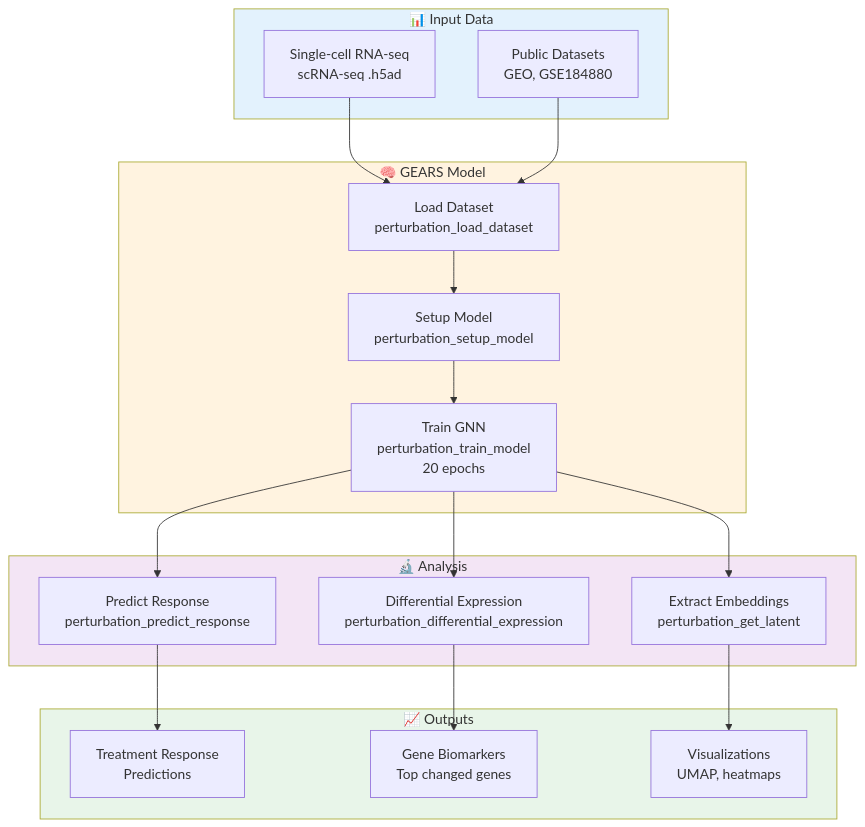
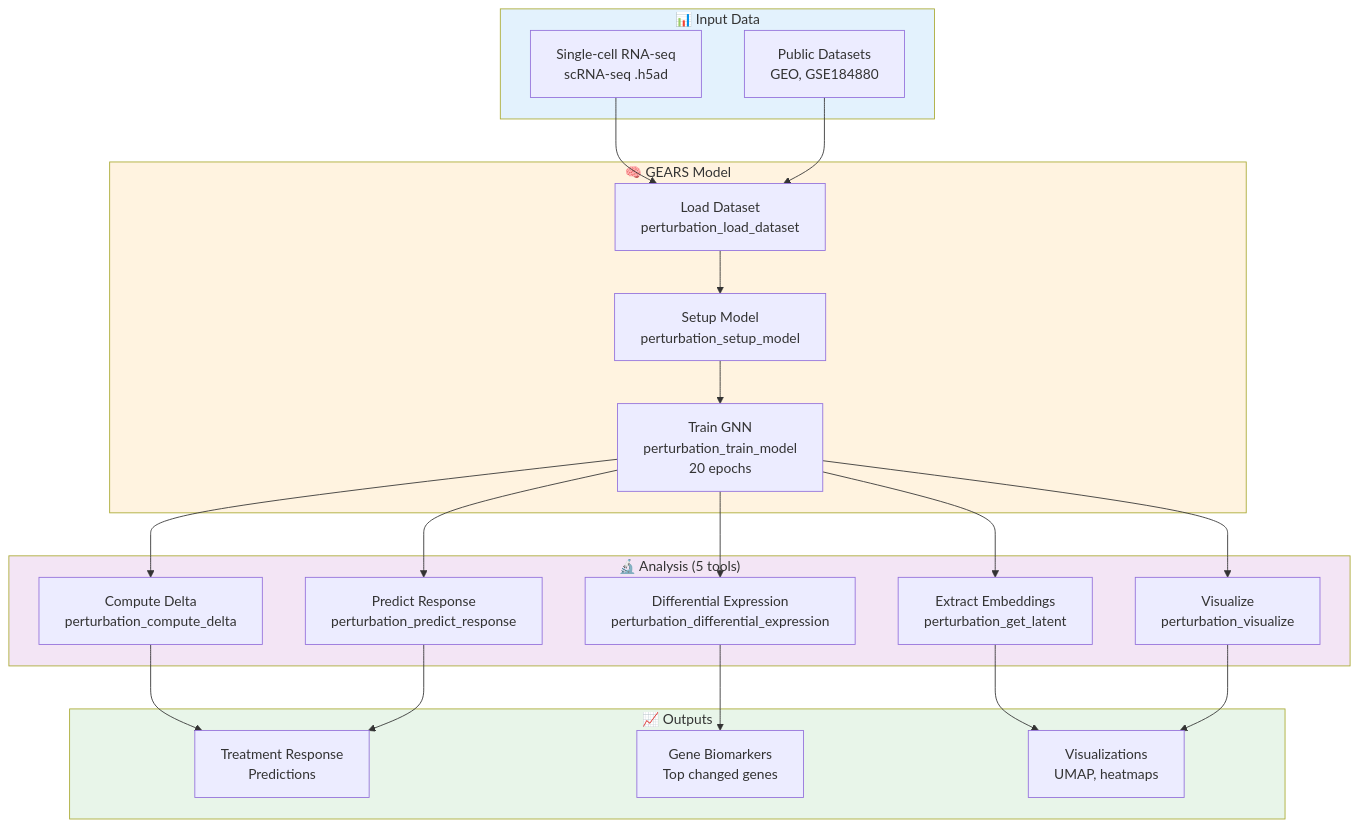
One commit to raymond301/precision-medicine-mcp changed the first of 2 diagrams in docs/reference/architecture/perturbation/README.md. Above: the diagram before and after it, drawn with Mermaid. The commit also changed 8 other files, not shown here.

Commit message:
sync diagrams

````diff
--- a/docs/reference/architecture/perturbation/README.md
+++ b/docs/reference/architecture/perturbation/README.md
@@ -21,42 +21,48 @@
 ```mermaid
 graph TB
     subgraph Input["📊 Input Data"]
         SCRNA[Single-cell RNA-seq<br/>scRNA-seq .h5ad]
         DATASET[Public Datasets<br/>GEO, GSE184880]
     end
 
     subgraph GEARS["🧠 GEARS Model"]
         LOAD[Load Dataset<br/>perturbation_load_dataset]
         SETUP[Setup Model<br/>perturbation_setup_model]
         TRAIN[Train GNN<br/>perturbation_train_model<br/>20 epochs]
     end
 
-    subgraph Analysis["🔬 Analysis"]
+    subgraph Analysis["🔬 Analysis (5 tools)"]
+        DELTA[Compute Delta<br/>perturbation_compute_delta]
         PREDICT[Predict Response<br/>perturbation_predict_response]
         DE[Differential Expression<br/>perturbation_differential_expression]
         LATENT[Extract Embeddings<br/>perturbation_get_latent]
+        VIZTOOLS[Visualize<br/>perturbation_visualize]
     end
 
     subgraph Output["📈 Outputs"]
         RESPONSE[Treatment Response<br/>Predictions]
         BIOMARKERS[Gene Biomarkers<br/>Top changed genes]
         VIZ[Visualizations<br/>UMAP, heatmaps]
     end
 
     SCRNA --> LOAD
     DATASET --> LOAD
     LOAD --> SETUP
     SETUP --> TRAIN
+    TRAIN --> DELTA
     TRAIN --> PREDICT
     TRAIN --> DE
     TRAIN --> LATENT
+    TRAIN --> VIZTOOLS
 
+    DELTA --> RESPONSE
     PREDICT --> RESPONSE
     DE --> BIOMARKERS
     LATENT --> VIZ
+    VIZTOOLS --> VIZ
 
     style Input fill:#e3f2fd
     style GEARS fill:#fff3e0
     style Analysis fill:#f3e5f5
     style Output fill:#e8f5e9
 ```
````
